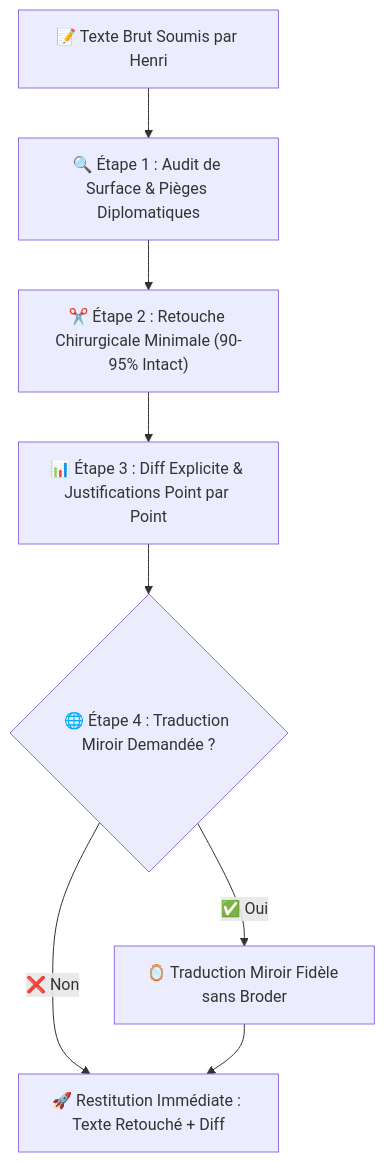
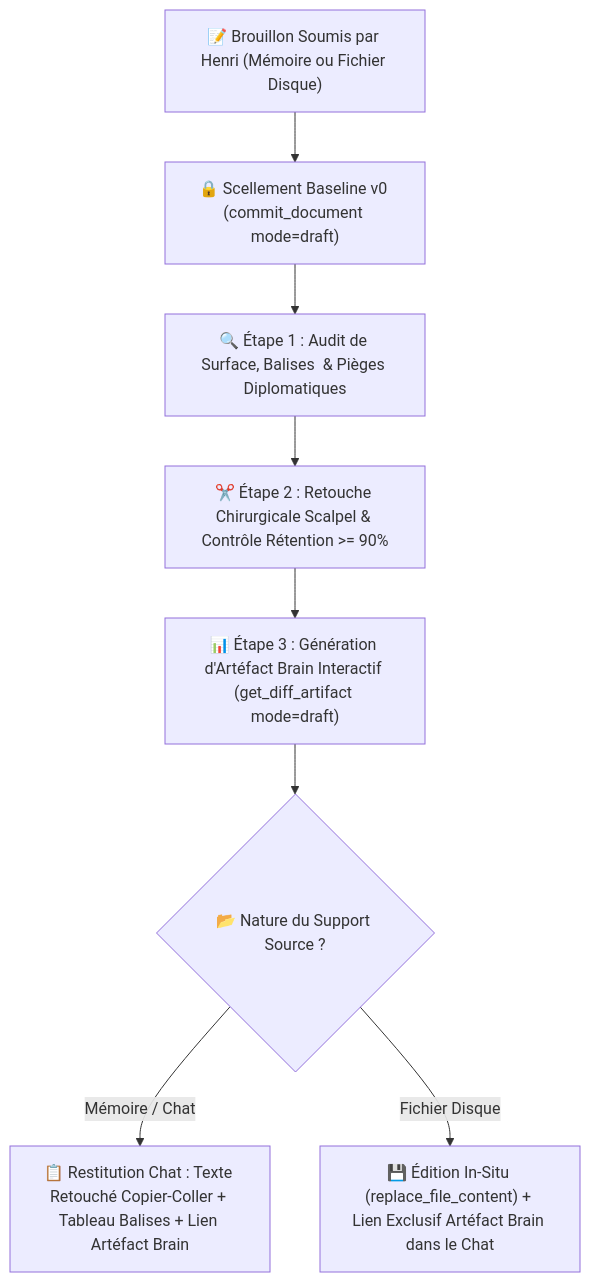
Before and after one commit to hjamet/cursor-memory-bank: the first of 2 diagrams in src/skills/draft/SKILL.md, drawn with Mermaid. The commit also changed other lines of this file, not shown here.

Commit message:
docs(skills): strictly forbid manual artifact fabrication in draft skill

````diff
--- a/src/skills/draft/SKILL.md
+++ b/src/skills/draft/SKILL.md
@@ -9,10 +9,10 @@
 ```mermaid
 flowchart TD
-    A["📝 Texte Brut Soumis par Henri"] --> B["🔍 Étape 1 : Audit de Surface & Pièges Diplomatiques"]
-    B --> C["✂️ Étape 2 : Retouche Chirurgicale Minimale (90-95% Intact)"]
-    C --> D["📊 Étape 3 : Diff Explicite & Justifications Point par Point"]
-    D --> E{"🌐 Étape 4 : Traduction Miroir Demandée ?"}
-    E -->|✅ Oui| F["🪞 Traduction Miroir Fidèle sans Broder"]
-    E -->|❌ Non| G["🚀 Restitution Immédiate : Texte Retouché + Diff"]
-    F --> G
+    A["📝 Brouillon Soumis par Henri (Mémoire ou Fichier Disque)"] --> B["🔒 Scellement Baseline v0 (commit_document mode=draft)"]
+    B --> C["🔍 Étape 1 : Audit de Surface, Balises <XXX> & Pièges Diplomatiques"]
+    C --> D["✂️ Étape 2 : Retouche Chirurgicale Scalpel & Contrôle Rétention >= 90%"]
+    D --> E["📊 Étape 3 : Génération d'Artéfact Brain Interactif (get_diff_artifact mode=draft)"]
+    E --> F{"📂 Nature du Support Source ?"}
+    F -->|Mémoire / Chat| G["📋 Restitution Chat : Texte Retouché Copier-Coller + Tableau Balises + Lien Artéfact Brain"]
+    F -->|Fichier Disque| H["💾 Édition In-Situ (replace_file_content) + Lien Exclusif Artéfact Brain dans le Chat"]
 ```
````
